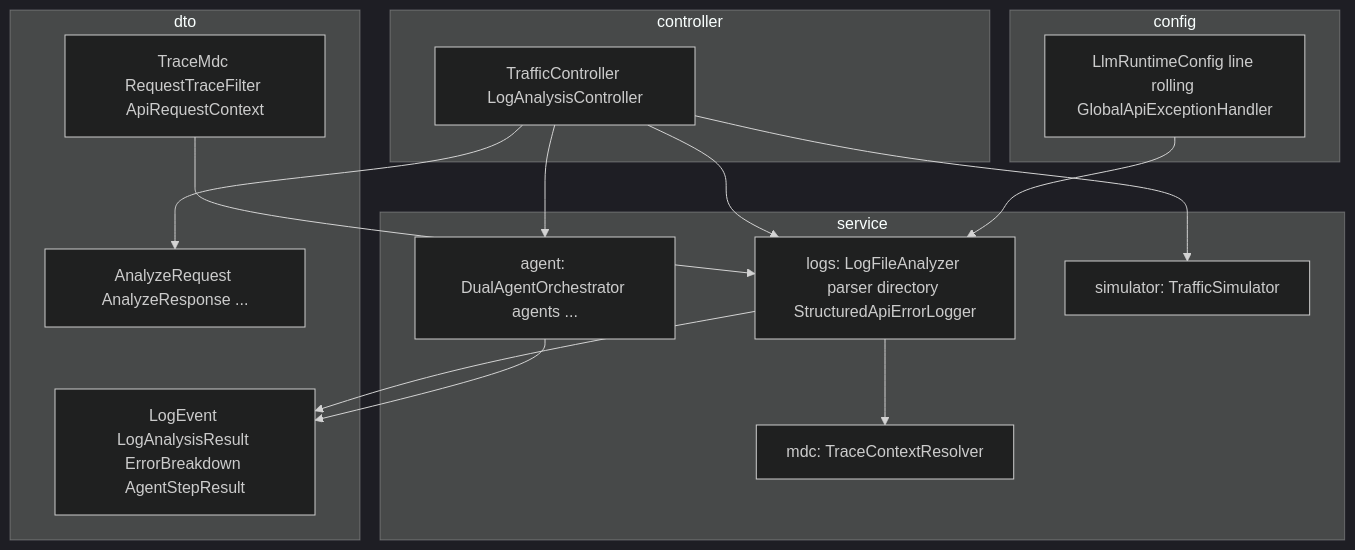
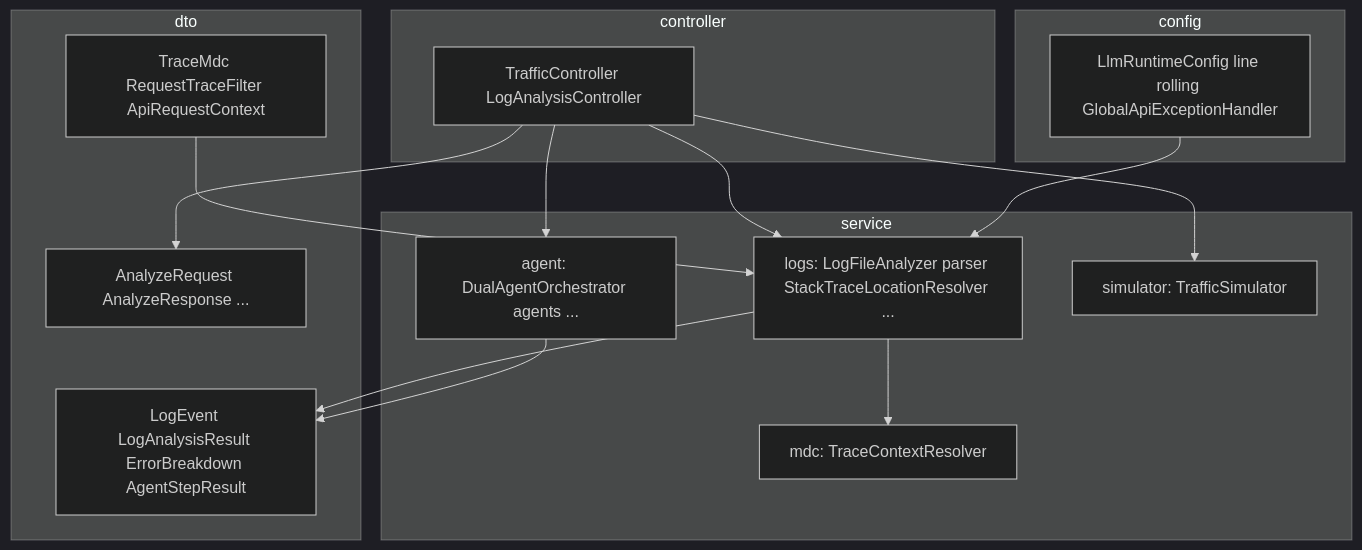
One commit to gajjalaroshan/test1 changed the diagram in docs/architecture/PACKAGE_STRUCTURE.md. Above: the diagram before and after it, drawn with Mermaid (dark theme). The commit also changed other lines of this file and 11 other files, not shown here.

````diff
--- a/docs/architecture/PACKAGE_STRUCTURE.md
+++ b/docs/architecture/PACKAGE_STRUCTURE.md
@@ -18,29 +18,29 @@
 ```mermaid
 flowchart TB
     subgraph controller [controller]
         C[TrafficController LogAnalysisController]
     end
     subgraph dto [dto]
         D[AnalyzeRequest AnalyzeResponse ...]
         T[TraceMdc RequestTraceFilter ApiRequestContext]
         M[LogEvent LogAnalysisResult ErrorBreakdown AgentStepResult]
     end
     subgraph service [service]
         AG[agent: DualAgentOrchestrator agents ...]
-        LG[logs: LogFileAnalyzer parser directory StructuredApiErrorLogger]
+        LG[logs: LogFileAnalyzer parser StackTraceLocationResolver ...]
         SIM[simulator: TrafficSimulator]
         MDC[mdc: TraceContextResolver]
     end
     subgraph config [config]
         CL[LlmRuntimeConfig line rolling GlobalApiExceptionHandler]
     end
     C --> D
     C --> LG
     C --> AG
     C --> SIM
     LG --> MDC
     LG --> M
     AG --> M
     CL --> LG
     T --> LG
 ```
````
